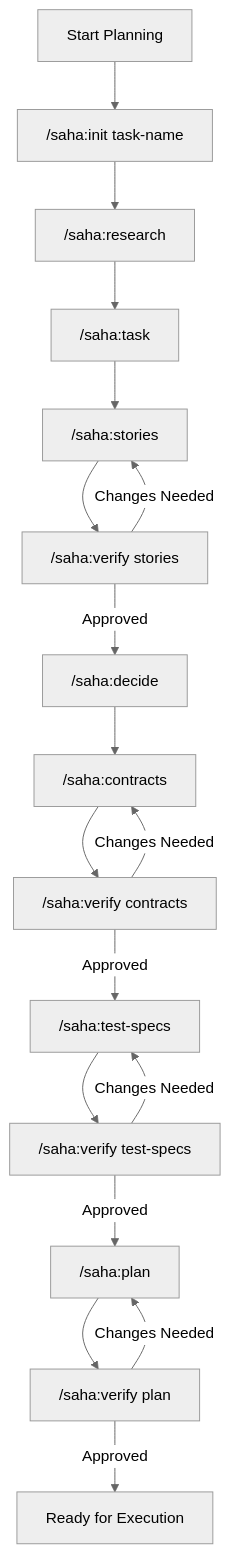
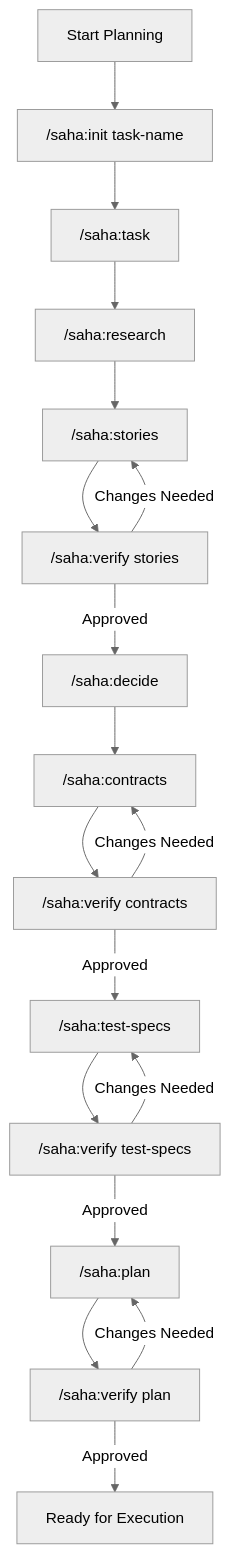
One commit to roman-romanov-o/sahaidachny changed the diagram in docs/user-guide.md. Above: the diagram before and after it, drawn with Mermaid (neutral theme). The commit also changed other lines of this file and 22 other files, not shown here.

````diff
--- a/docs/user-guide.md
+++ b/docs/user-guide.md
@@ -629,27 +629,27 @@
 ```mermaid
 flowchart TD
     start[Start Planning] --> init["/saha:init task-name"]
-    init --> research["/saha:research"]
-    research --> task["/saha:task"]
-    task --> stories["/saha:stories"]
+    init --> task["/saha:task"]
+    task --> research["/saha:research"]
+    research --> stories["/saha:stories"]
     stories --> verify_stories["/saha:verify stories"]
 
     verify_stories -->|Approved| decide["/saha:decide"]
     verify_stories -->|Changes Needed| stories
 
     decide --> contracts["/saha:contracts"]
     contracts --> verify_contracts["/saha:verify contracts"]
 
     verify_contracts -->|Approved| test_specs["/saha:test-specs"]
     verify_contracts -->|Changes Needed| contracts
 
     test_specs --> verify_tests["/saha:verify test-specs"]
 
     verify_tests -->|Approved| plan["/saha:plan"]
     verify_tests -->|Changes Needed| test_specs
 
     plan --> verify_plan["/saha:verify plan"]
 
     verify_plan -->|Approved| ready[Ready for Execution]
     verify_plan -->|Changes Needed| plan
 ```
````
